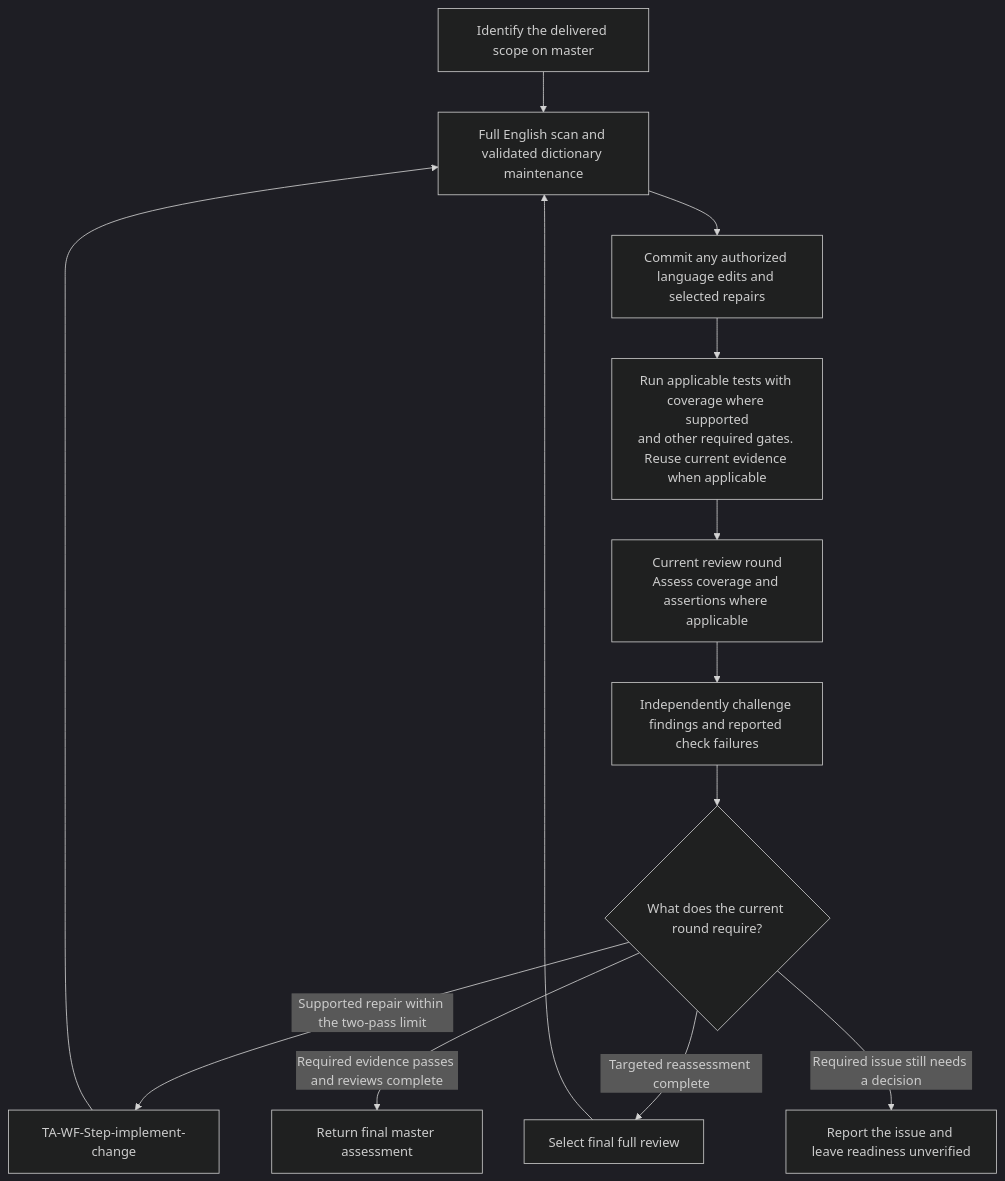
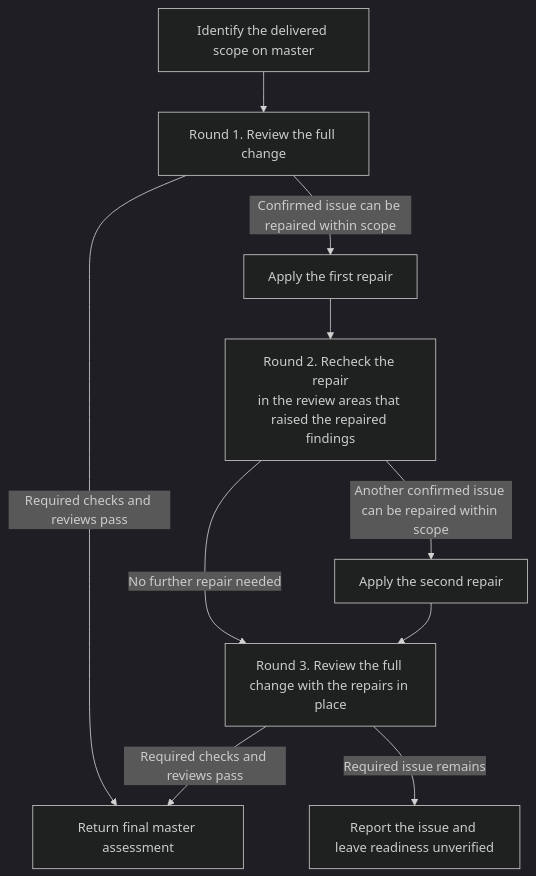
Before and after one commit to tomek-anuszkiewicz/amiga-studio: the third of 6 diagrams in .agents/skills/README.md, drawn with Mermaid (dark theme). The commit also changed other lines of this file, not shown here.

Commit message:
docs(workflow): clarify Verify Master review rounds

````diff
--- a/.agents/skills/README.md
+++ b/.agents/skills/README.md
@@ -102,16 +110,12 @@
 ```mermaid
 flowchart TD
-    Start["Identify the delivered scope on master"]
-    Start --> English["Full English scan and validated dictionary maintenance"]
-    English --> Commits["Commit any authorized language edits and selected repairs"]
-    Commits --> Checks["Run applicable tests with coverage where supported<br/>and other required gates. Reuse current evidence when applicable"]
-    Checks --> Review["Current review round<br/>Assess coverage and assertions where applicable"]
-    Review --> Challenge["Independently challenge findings and reported check failures"]
-    Challenge --> Next{"What does the current round require?"}
-    Next -->|Supported repair within the two-pass limit| Repair["TA-WF-Step-implement-change"]
-    Repair --> English
-    Next -->|Targeted reassessment complete| Final["Select final full review"]
-    Final --> English
-    Next -->|Required evidence passes and reviews complete| Result["Return final master assessment"]
-    Next -->|Required issue still needs a decision| Report["Report the issue and leave readiness unverified"]
+    Start["Identify the delivered scope on master"] --> Initial["Round 1. Review the full change"]
+    Initial -->|Required checks and reviews pass| Result["Return final master assessment"]
+    Initial -->|Confirmed issue can be repaired within scope| FirstRepair["Apply the first repair"]
+    FirstRepair --> Targeted["Round 2. Recheck the repair<br/>in the review areas that raised the repaired findings"]
+    Targeted -->|No further repair needed| Final["Round 3. Review the full change with the repairs in place"]
+    Targeted -->|Another confirmed issue can be repaired within scope| SecondRepair["Apply the second repair"]
+    SecondRepair --> Final
+    Final -->|Required checks and reviews pass| Result
+    Final -->|Required issue remains| Report["Report the issue and leave readiness unverified"]
 ```
````
